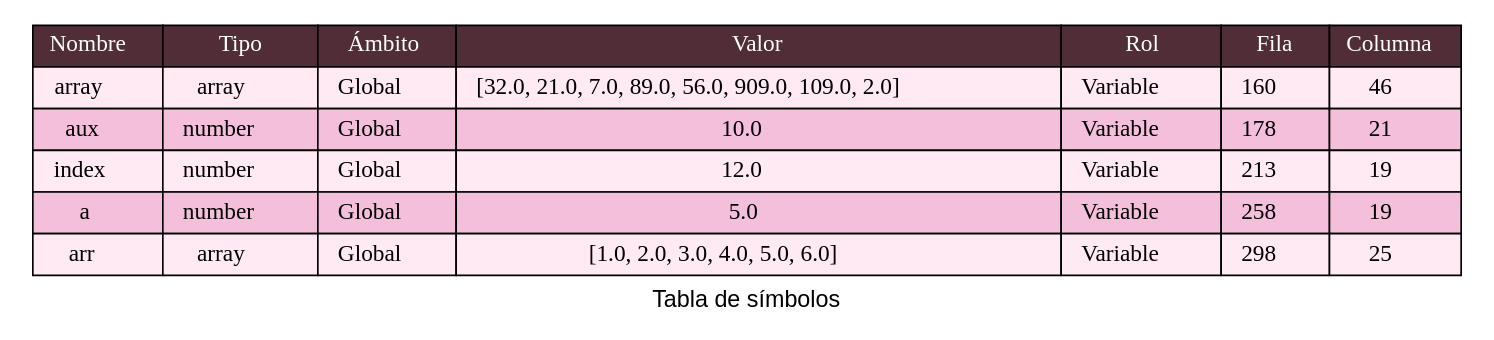
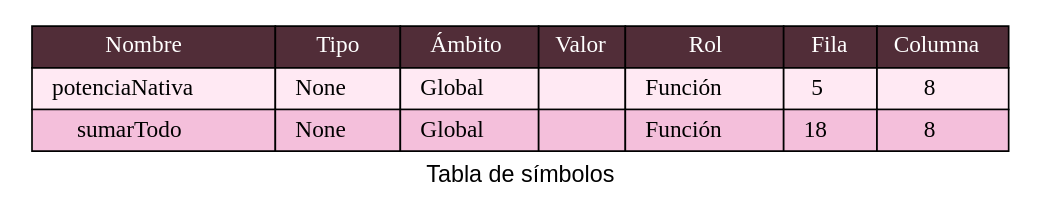
One commit to LuisaMariaO/OLC2P1-Luisa-Ortiz-Marjorie-Reyes changed the diagram in Fase 1/backend/TablaSimbolos.dot. Above: the diagram before and after it, drawn with Graphviz. The commit also changed 15 other files, not shown here.

```diff
--- a/Fase 1/backend/TablaSimbolos.dot
+++ b/Fase 1/backend/TablaSimbolos.dot
@@ -1,63 +1,36 @@
 digraph {
             fontname="Arial"
             label = "Tabla de símbolos"
             node[shape=none]
             n1[label=<
             <table BORDER="0" CELLBORDER="1" CELLSPACING="0" CELLPADDING="4">]
             <tr>
             <td bgcolor="#512D38"> <font color="white">Nombre </font></td>
             <td bgcolor="#512D38"> <font color="white">Tipo</font></td>
             <td bgcolor="#512D38"> <font color="white">Ámbito</font></td>
             <td bgcolor="#512D38"> <font color="white">Valor</font></td>
             <td bgcolor="#512D38"> <font color="white">Rol</font></td>
             <td bgcolor="#512D38"> <font color="white">Fila</font></td>
             <td bgcolor="#512D38"> <font color="white">Columna</font></td>
             </tr>
 <tr>
-<td bgcolor="#FFE9F3">   array   </td>
-<td bgcolor="#FFE9F3">   array   </td>
+<td bgcolor="#FFE9F3">   potenciaNativa   </td>
+<td bgcolor="#FFE9F3">   None   </td>
 <td bgcolor="#FFE9F3">   Global   </td>
-<td bgcolor="#FFE9F3">   [32.0, 21.0, 7.0, 89.0, 56.0, 909.0, 109.0, 2.0]   </td>
-<td bgcolor="#FFE9F3">   Variable   </td>
-<td bgcolor="#FFE9F3">   160   </td>
-<td bgcolor="#FFE9F3">   46   </td>
+<td bgcolor="#FFE9F3">       </td>
+<td bgcolor="#FFE9F3">   Función   </td>
+<td bgcolor="#FFE9F3">   5   </td>
+<td bgcolor="#FFE9F3">   8   </td>
 </tr>
 <tr>
-<td bgcolor="#F4BFDB">   aux   </td>
-<td bgcolor="#F4BFDB">   number   </td>
+<td bgcolor="#F4BFDB">   sumarTodo   </td>
+<td bgcolor="#F4BFDB">   None   </td>
 <td bgcolor="#F4BFDB">   Global   </td>
-<td bgcolor="#F4BFDB">   10.0   </td>
-<td bgcolor="#F4BFDB">   Variable   </td>
-<td bgcolor="#F4BFDB">   178   </td>
-<td bgcolor="#F4BFDB">   21   </td>
-</tr>
-<tr>
-<td bgcolor="#FFE9F3">   index   </td>
-<td bgcolor="#FFE9F3">   number   </td>
-<td bgcolor="#FFE9F3">   Global   </td>
-<td bgcolor="#FFE9F3">   12.0   </td>
-<td bgcolor="#FFE9F3">   Variable   </td>
-<td bgcolor="#FFE9F3">   213   </td>
-<td bgcolor="#FFE9F3">   19   </td>
-</tr>
-<tr>
-<td bgcolor="#F4BFDB">   a   </td>
-<td bgcolor="#F4BFDB">   number   </td>
-<td bgcolor="#F4BFDB">   Global   </td>
-<td bgcolor="#F4BFDB">   5.0   </td>
-<td bgcolor="#F4BFDB">   Variable   </td>
-<td bgcolor="#F4BFDB">   258   </td>
-<td bgcolor="#F4BFDB">   19   </td>
-</tr>
-<tr>
-<td bgcolor="#FFE9F3">   arr   </td>
-<td bgcolor="#FFE9F3">   array   </td>
-<td bgcolor="#FFE9F3">   Global   </td>
-<td bgcolor="#FFE9F3">   [1.0, 2.0, 3.0, 4.0, 5.0, 6.0]   </td>
-<td bgcolor="#FFE9F3">   Variable   </td>
-<td bgcolor="#FFE9F3">   298   </td>
-<td bgcolor="#FFE9F3">   25   </td>
+<td bgcolor="#F4BFDB">       </td>
+<td bgcolor="#F4BFDB">   Función   </td>
+<td bgcolor="#F4BFDB">   18   </td>
+<td bgcolor="#F4BFDB">   8   </td>
 </tr>
 </table>
     >]
     }
```
